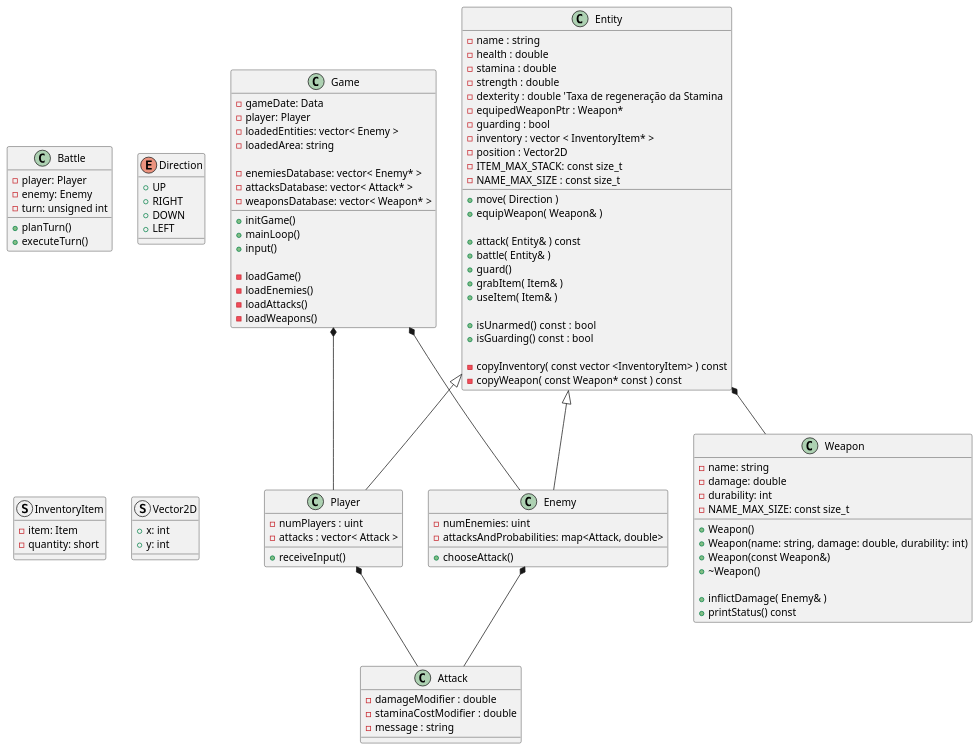
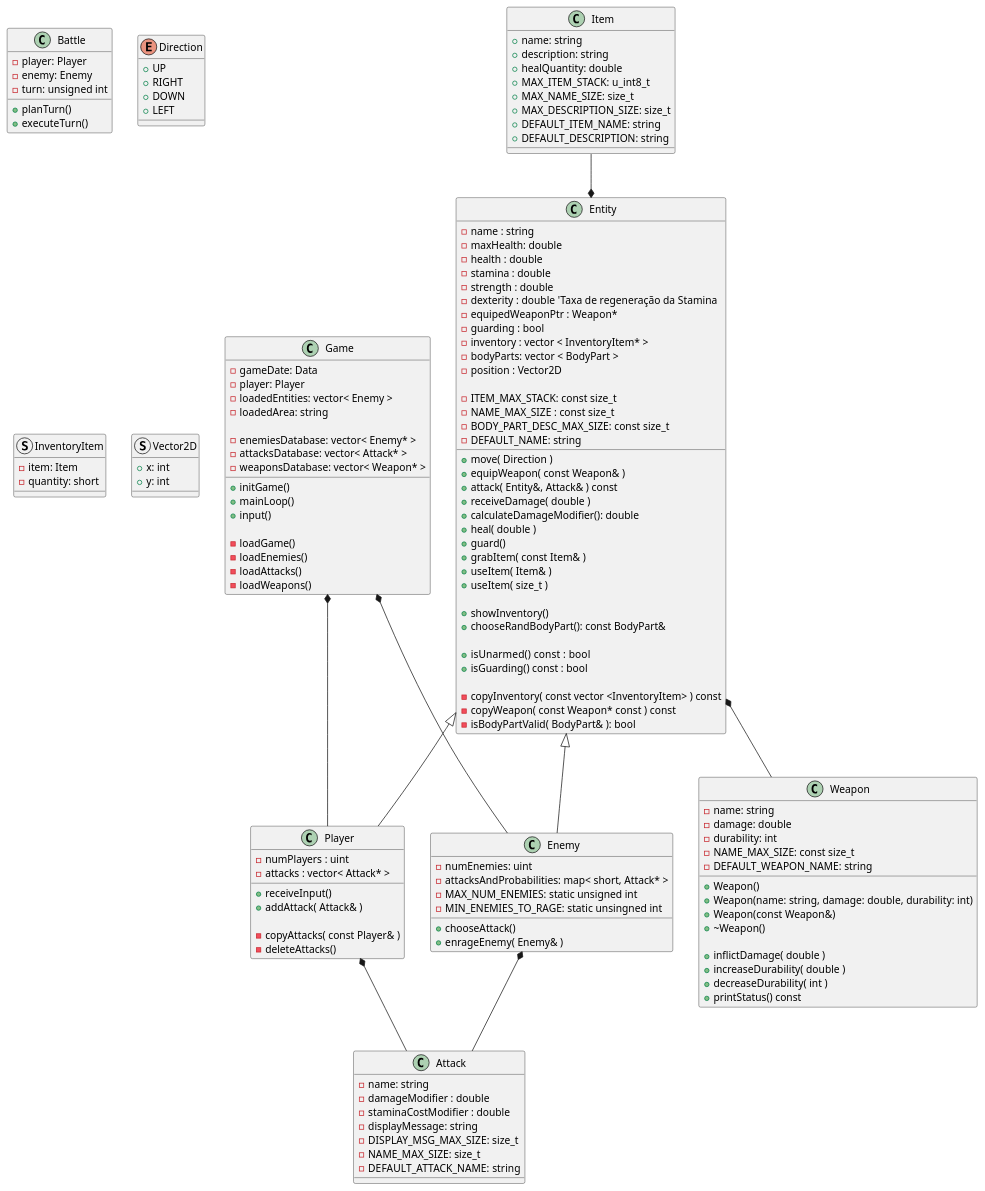
One commit to Stopfield/DarkSoulsCpp changed the diagram in NewDiagram.plantuml. Above: the diagram before and after it, drawn with PlantUML.

Commit message:
Atualiza diagrama de classes

```diff
--- a/NewDiagram.plantuml
+++ b/NewDiagram.plantuml
@@ -1,120 +1,158 @@
 @startuml
 class Game {
    - gameDate: Data
    - player: Player
    - loadedEntities: vector< Enemy >
    - loadedArea: string
 
    - enemiesDatabase: vector< Enemy* >
    - attacksDatabase: vector< Attack* >
    - weaponsDatabase: vector< Weapon* >
    
    + initGame()
    + mainLoop()
    + input()
 
    - loadGame()
    - loadEnemies()
    - loadAttacks()
    - loadWeapons()
 }
 
 class Battle {
     - player: Player
     - enemy: Enemy
     - turn: unsigned int
 
     'Receive Player input and determine enemy attack
     + planTurn()
     + executeTurn()
 }
 
 enum Direction{
    + UP
    + RIGHT
    + DOWN
    + LEFT
 }
 
 struct InventoryItem {
     - item: Item
     - quantity: short
 }
 
 struct Vector2D {
     + x: int
     + y: int
 }
 
 class Entity{
     - name : string
+    - maxHealth: double
     - health : double
     - stamina : double
     - strength : double
     - dexterity : double 'Taxa de regeneração da Stamina
     - equipedWeaponPtr : Weapon*
     - guarding : bool
     - inventory : vector < InventoryItem* >
+    - bodyParts: vector < BodyPart >
     - position : Vector2D
+
     - ITEM_MAX_STACK: const size_t
     - NAME_MAX_SIZE : const size_t
+    - BODY_PART_DESC_MAX_SIZE: const size_t
+    - DEFAULT_NAME: string
 
     + move( Direction )
-    + equipWeapon( Weapon& )
-
-    + attack( Entity& ) const
-    + battle( Entity& )
+    + equipWeapon( const Weapon& )
+    + attack( Entity&, Attack& ) const
+    + receiveDamage( double )
+    + calculateDamageModifier(): double
+    + heal( double )
     + guard()
-    + grabItem( Item& )
+    + grabItem( const Item& )
     + useItem( Item& )
+    + useItem( size_t )
+   
+    + showInventory()
+    + chooseRandBodyPart(): const BodyPart&
 
     + isUnarmed()  const : bool
     + isGuarding() const : bool
 
     ' Aqui, a função pode simplesmente atribuir a um atributo privado direto, sem precisar retornar
     - copyInventory( const vector <InventoryItem> ) const
     - copyWeapon( const Weapon* const ) const
+    - isBodyPartValid( BodyPart& ): bool
 }
 
 class Player {
     - numPlayers : uint
-    - attacks : vector< Attack >
+    - attacks : vector< Attack* >
+
     + receiveInput()
+    + addAttack( Attack& )
+
+    - copyAttacks( const Player& )
+    - deleteAttacks()
 }
 
 class Enemy {
     - numEnemies: uint
-    'O ataque e a probabilidade de usar o ataque em batalha!
-    - attacksAndProbabilities: map<Attack, double>
+    - attacksAndProbabilities: map< short, Attack* >
+    - MAX_NUM_ENEMIES: static unsigned int
+    - MIN_ENEMIES_TO_RAGE: static unsingned int
     + chooseAttack()
+    + enrageEnemy( Enemy& )
 }
 
 class Attack {
+    - name: string
     - damageModifier : double
     - staminaCostModifier : double
-    - message : string
+    - displayMessage: string
+    - DISPLAY_MSG_MAX_SIZE: size_t
+    - NAME_MAX_SIZE: size_t
+    - DEFAULT_ATTACK_NAME: string
 }
 
 class Weapon {
     - name: string
     - damage: double
     - durability: int
     - NAME_MAX_SIZE: const size_t
+    - DEFAULT_WEAPON_NAME: string
 
     + Weapon()
     + Weapon(name: string, damage: double, durability: int)
     + Weapon(const Weapon&)
     + ~Weapon()
 
-    + inflictDamage( Enemy& )
+    + inflictDamage( double )
+    + increaseDurability( double )
+    + decreaseDurability( int )
     + printStatus() const
+}
+
+class Item
+{
+    + name: string
+    + description: string
+    + healQuantity: double
+    + MAX_ITEM_STACK: u_int8_t
+    + MAX_NAME_SIZE: size_t
+    + MAX_DESCRIPTION_SIZE: size_t
+    + DEFAULT_ITEM_NAME: string
+    + DEFAULT_DESCRIPTION: string
 }
 
 Game *-- Player
 Game *-- Enemy
 Entity <|-- Player
 Entity <|-- Enemy
 Entity *-- Weapon
 Enemy *-- Attack
 Player *-- Attack
+Item --* Entity
 @enduml
```
